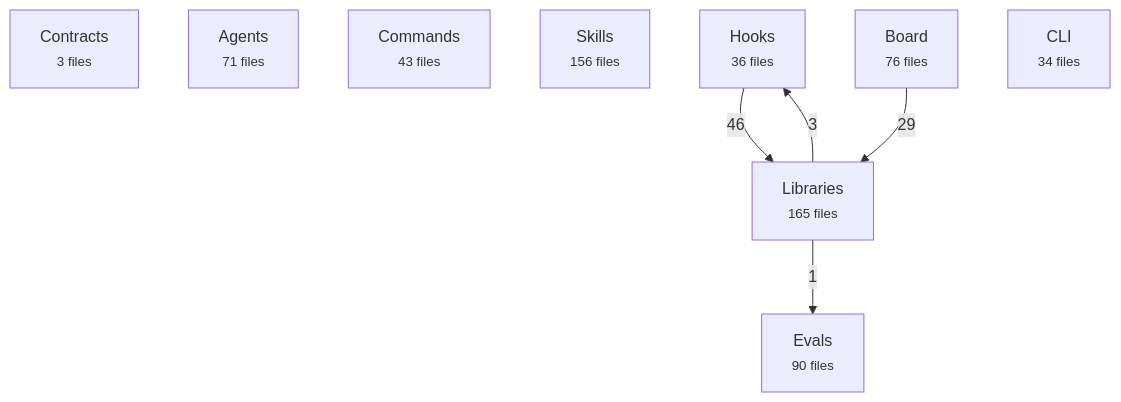
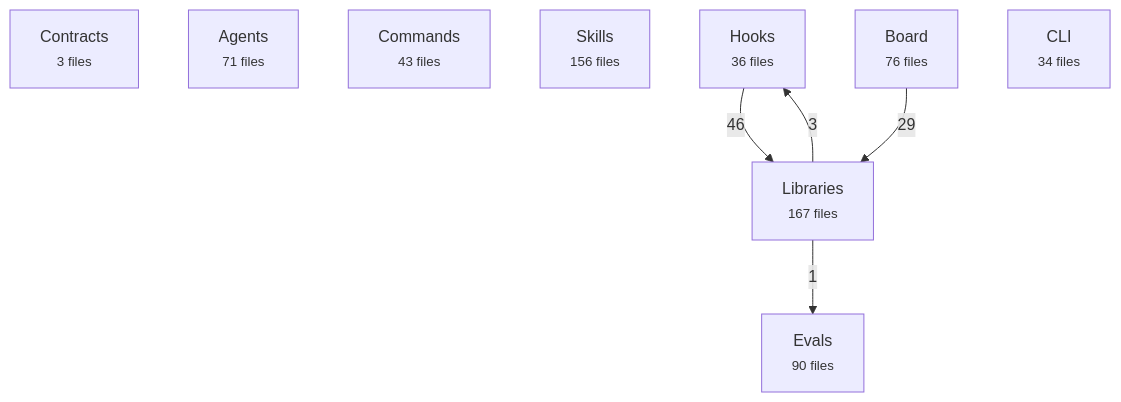
The first of 2 diagrams in docs/reference/architecture-map.md (avelikiy/great_cto), drawn with Mermaid before and after one commit. The commit also changed other lines of this file and 5 other files, not shown here.

````diff
--- a/docs/reference/architecture-map.md
+++ b/docs/reference/architecture-map.md
@@ -20,16 +20,16 @@
 ```mermaid
 flowchart TD
   contracts["Contracts<br/><small>3 files</small>"]
   agents["Agents<br/><small>71 files</small>"]
   commands["Commands<br/><small>43 files</small>"]
   skills["Skills<br/><small>156 files</small>"]
   hooks["Hooks<br/><small>36 files</small>"]
-  libs["Libraries<br/><small>165 files</small>"]
+  libs["Libraries<br/><small>167 files</small>"]
   board["Board<br/><small>76 files</small>"]
   cli["CLI<br/><small>34 files</small>"]
   evals["Evals<br/><small>90 files</small>"]
   hooks -->|46| libs
   board -->|29| libs
   libs -->|3| hooks
   libs -->|1| evals
 ```
````
